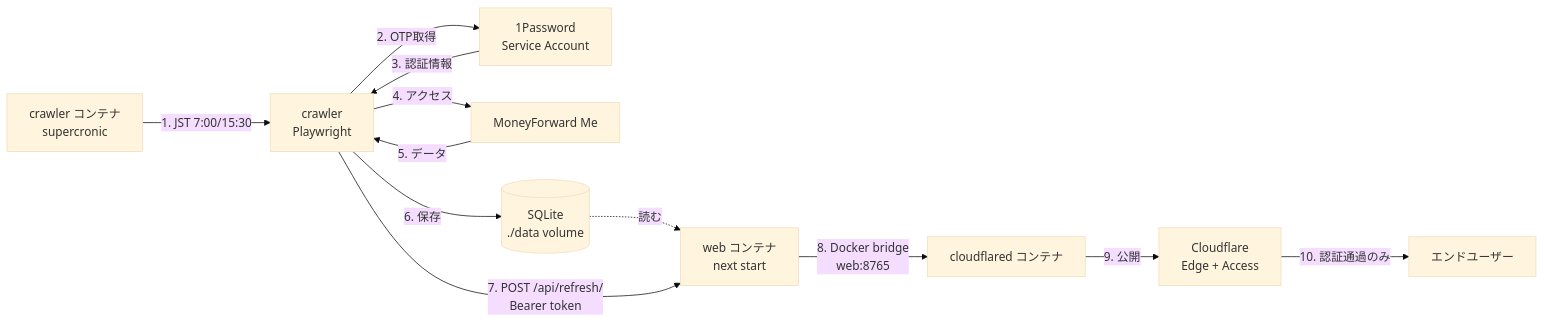
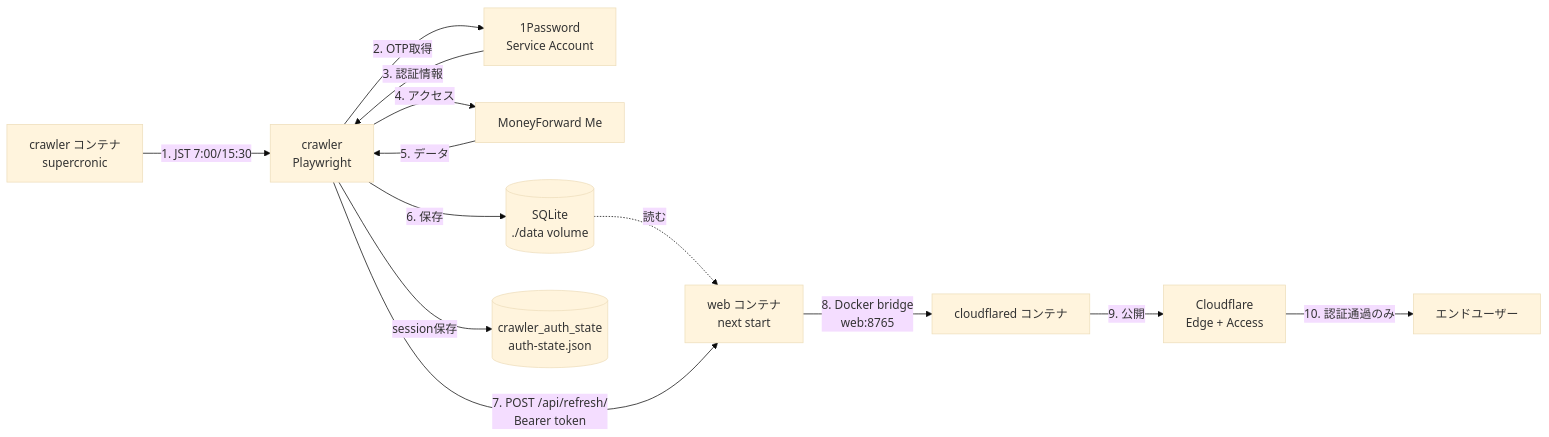
One commit to hiroppy/mf-dashboard changed the diagram in README.md. Above: the diagram before and after it, drawn with Mermaid (base theme). The commit also changed other lines of this file and 7 other files, not shown here.

Commit message:
fix crawler auth state isolation

````diff
--- a/README.md
+++ b/README.md
@@ -47,14 +47,15 @@
 ```mermaid
 graph LR
     A[crawler コンテナ<br/>supercronic] -->|1. JST 7:00/15:30| B[crawler<br/>Playwright]
     B -->|2. OTP取得| E[1Password<br/>Service Account]
     E -->|3. 認証情報| B
     B -->|4. アクセス| F[MoneyForward Me]
     F -->|5. データ| B
     B -->|6. 保存| C[(SQLite<br/>./data volume)]
+    B -->|session保存| K[(crawler_auth_state<br/>auth-state.json)]
     C -.読む.-> W[web コンテナ<br/>next start]
     B -->|7. POST /api/refresh/<br/>Bearer token| W
     W -->|8. Docker bridge<br/>web:8765| H[cloudflared コンテナ]
     H -->|9. 公開| I[Cloudflare<br/>Edge + Access]
     I -->|10. 認証通過のみ| J[エンドユーザー]
 ```
````
